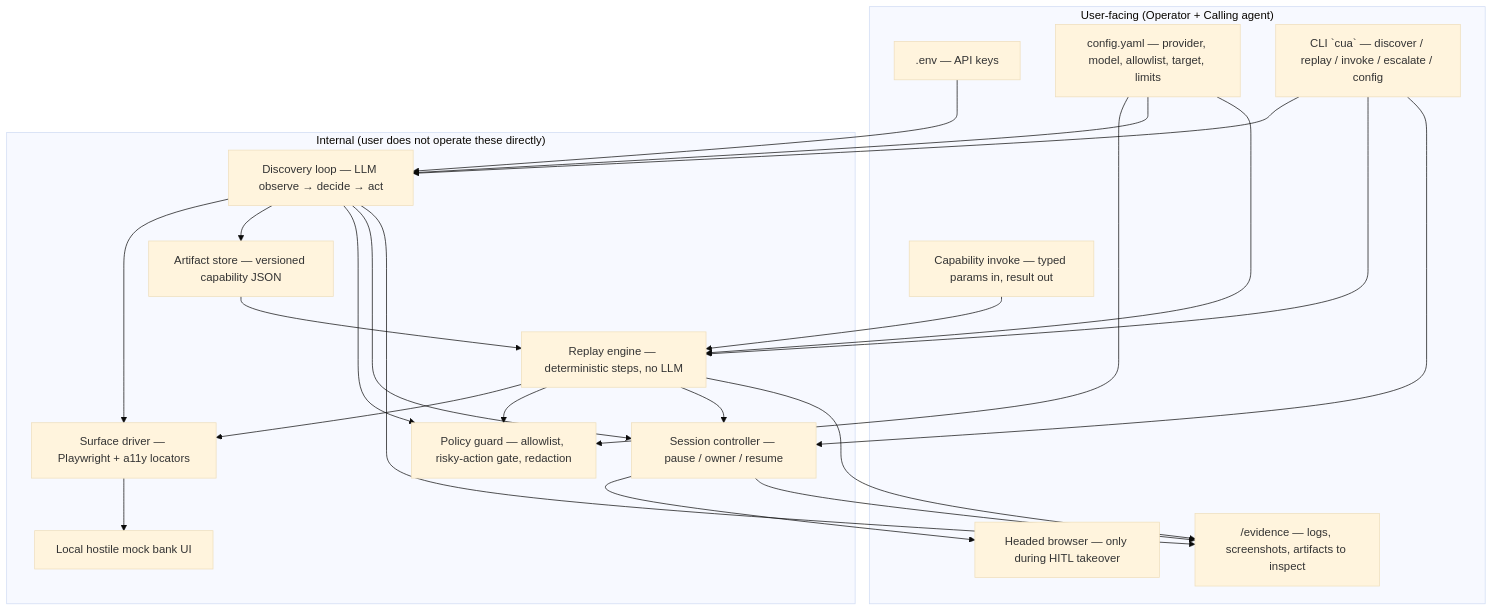
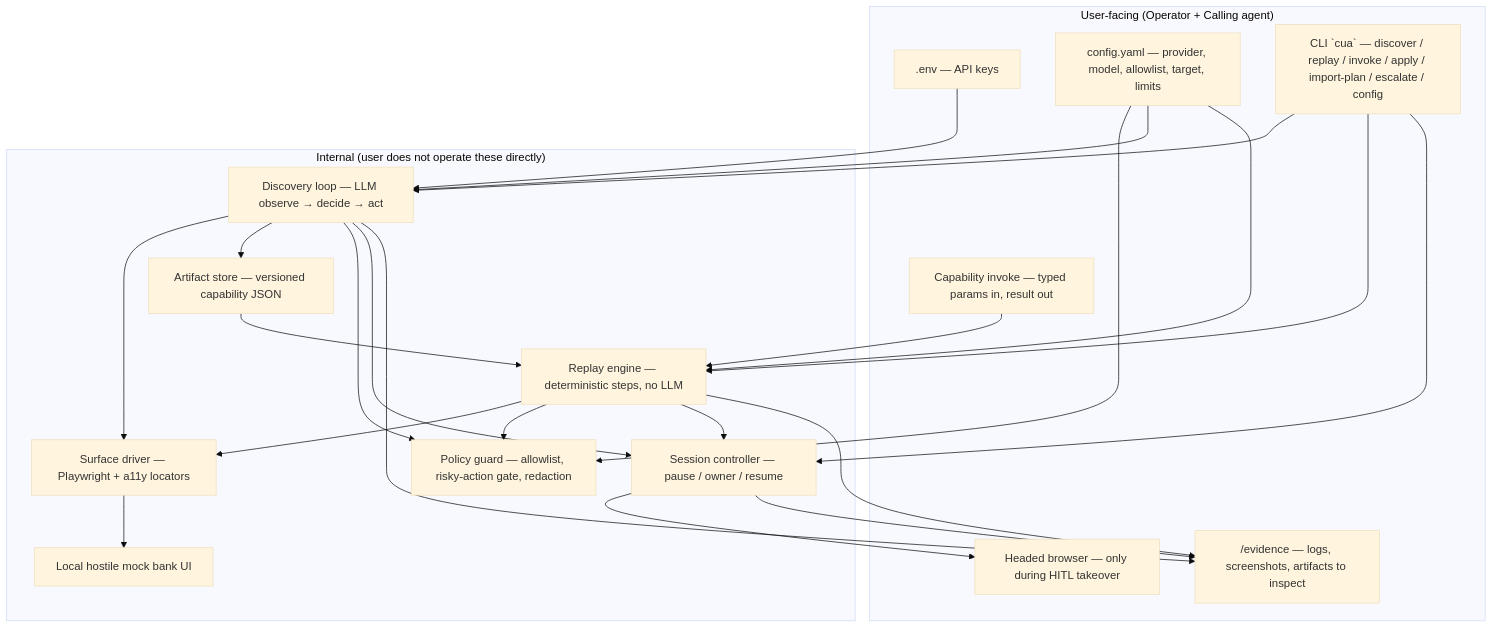
Before and after one commit to vishwaksena-dingari/computer-use-automation: the first of 13 diagrams in docs/ARCHITECTURE.md, drawn with Mermaid (base theme). The commit also changed other lines of this file and 32 other files, not shown here.

````diff
--- a/docs/ARCHITECTURE.md
+++ b/docs/ARCHITECTURE.md
@@ -25,43 +25,43 @@
 ```mermaid
 flowchart TB
   subgraph USER["User-facing (Operator + Calling agent)"]
     ENV[".env — API keys"]
     CFG["config.yaml — provider, model, allowlist, target, limits"]
-    CLI["CLI `cua` — discover / replay / invoke / escalate / config"]
+    CLI["CLI `cua` — discover / replay / invoke / apply / import-plan / escalate / config"]
     CAP_IO["Capability invoke — typed params in, result out"]
     BROWSER["Headed browser — only during HITL takeover"]
     EVIDENCE["/evidence — logs, screenshots, artifacts to inspect"]
   end
 
   subgraph INTERNAL["Internal (user does not operate these directly)"]
     DISCOVER["Discovery loop — LLM observe → decide → act"]
     ARTIFACT["Artifact store — versioned capability JSON"]
     REPLAY["Replay engine — deterministic steps, no LLM"]
     POLICY["Policy guard — allowlist, risky-action gate, redaction"]
     SESSION["Session controller — pause / owner / resume"]
     SURFACE["Surface driver — Playwright + a11y locators"]
     MOCKAPP["Local hostile mock bank UI"]
   end
 
   ENV --> DISCOVER
   CFG --> POLICY
   CFG --> DISCOVER
   CFG --> REPLAY
   CLI --> DISCOVER
   CLI --> REPLAY
   CLI --> SESSION
   CAP_IO --> REPLAY
   DISCOVER --> SURFACE
   REPLAY --> SURFACE
   SURFACE --> MOCKAPP
   DISCOVER --> ARTIFACT
   ARTIFACT --> REPLAY
   DISCOVER --> POLICY
   REPLAY --> POLICY
   DISCOVER --> SESSION
   REPLAY --> SESSION
   SESSION --> BROWSER
   DISCOVER --> EVIDENCE
   REPLAY --> EVIDENCE
   SESSION --> EVIDENCE
 ```
````
